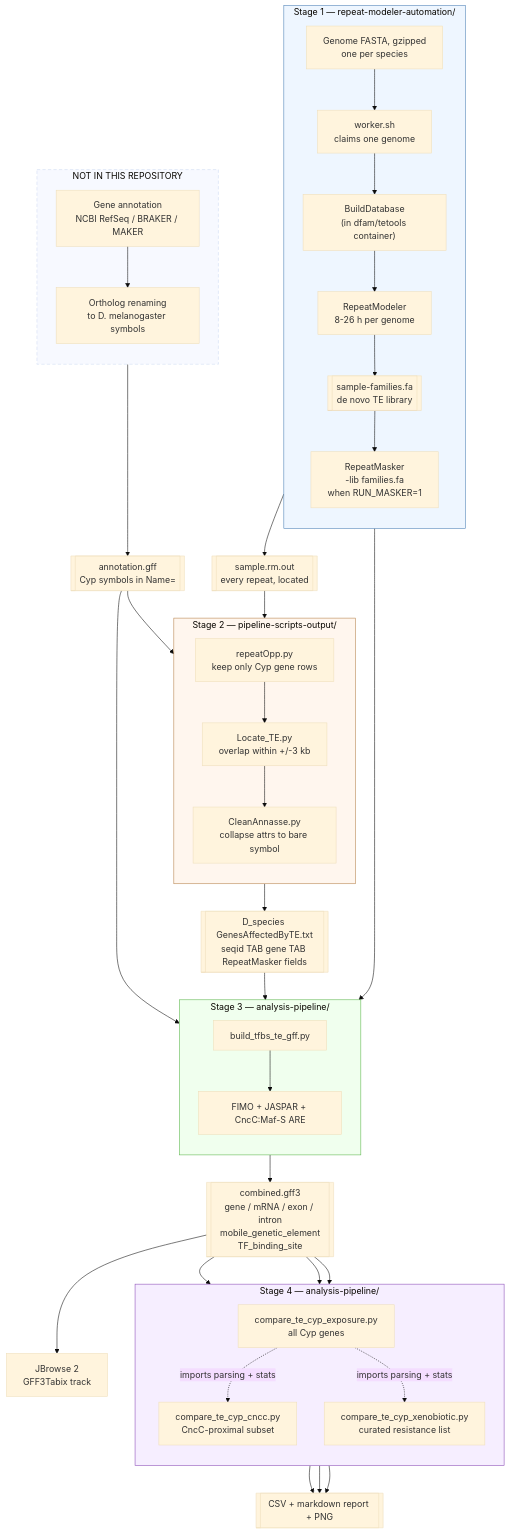
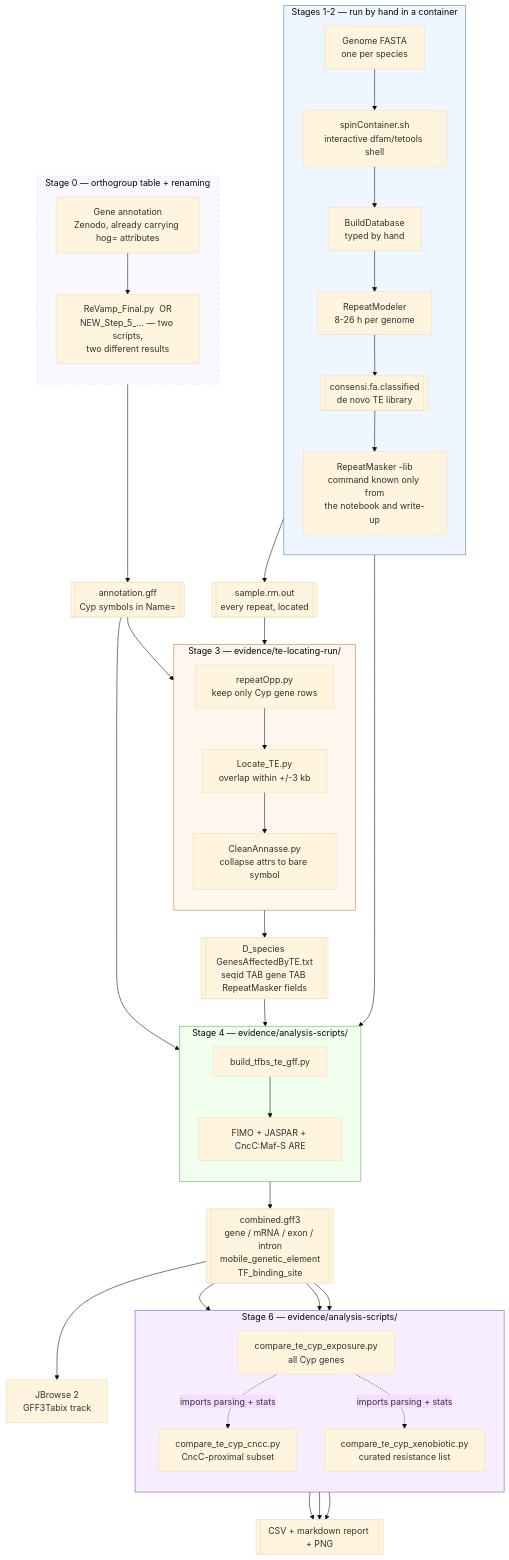
Before and after one commit to 0foo/cyp-project-forensics: the first of 2 diagrams in docs/diagrams/01-end-to-end.md, drawn with Mermaid (base theme). The commit also changed other lines of this file and 243 other files, not shown here.

````diff
--- a/docs/diagrams/01-end-to-end.md
+++ b/docs/diagrams/01-end-to-end.md
@@ -5,70 +8,70 @@
 ```mermaid
 flowchart TD
-    subgraph S1["Stage 1 — repeat-modeler-automation/"]
+    subgraph S1["Stages 1-2 — run by hand in a container"]
         direction TB
-        A["Genome FASTA, gzipped<br/>one per species"]
-        A --> B["worker.sh<br/>claims one genome"]
-        B --> C["BuildDatabase<br/>(in dfam/tetools container)"]
+        A["Genome FASTA<br/>one per species"]
+        A --> B["spinContainer.sh<br/>interactive dfam/tetools shell"]
+        B --> C["BuildDatabase<br/>typed by hand"]
         C --> D["RepeatModeler<br/>8-26 h per genome"]
-        D --> E[["sample-families.fa<br/>de novo TE library"]]
-        E --> F["RepeatMasker<br/>-lib families.fa<br/>when RUN_MASKER=1"]
+        D --> E[["consensi.fa.classified<br/>de novo TE library"]]
+        E --> F["RepeatMasker -lib<br/>command known only from<br/>the notebook and write-up"]
     end
 
-    subgraph GAP["NOT IN THIS REPOSITORY"]
+    subgraph GAP["Stage 0 — orthogroup table + renaming"]
         direction TB
-        G["Gene annotation<br/>NCBI RefSeq / BRAKER / MAKER"]
-        H["Ortholog renaming<br/>to D. melanogaster symbols"]
+        G["Gene annotation<br/>Zenodo, already carrying hog= attributes"]
+        H["ReVamp_Final.py  OR<br/>NEW_Step_5_... — two scripts,<br/>two different results"]
     end
 
     F --> I[["sample.rm.out<br/>every repeat, located"]]
     G --> H
     H --> J[["annotation.gff<br/>Cyp symbols in Name="]]
 
-    subgraph S2["Stage 2 — pipeline-scripts-output/"]
+    subgraph S2["Stage 3 — evidence/te-locating-run/"]
         direction TB
         K["repeatOpp.py<br/>keep only Cyp gene rows"]
         L["Locate_TE.py<br/>overlap within +/-3 kb"]
         M["CleanAnnasse.py<br/>collapse attrs to bare symbol"]
         K --> L --> M
     end
 
     J --> K
     I --> L
     M --> N[["D_species GenesAffectedByTE.txt<br/>seqid TAB gene TAB RepeatMasker fields"]]
 
-    subgraph S3["Stage 3 — analysis-pipeline/"]
+    subgraph S3["Stage 4 — evidence/analysis-scripts/"]
         direction TB
         O["build_tfbs_te_gff.py"]
         P["FIMO + JASPAR + CncC:Maf-S ARE"]
         O --> P
     end
 
     N --> O
     J --> O
     A --> O
     P --> Q[["combined.gff3<br/>gene / mRNA / exon / intron<br/>mobile_genetic_element<br/>TF_binding_site"]]
 
     Q --> R["JBrowse 2<br/>GFF3Tabix track"]
 
-    subgraph S4["Stage 4 — analysis-pipeline/"]
+    subgraph S4["Stage 6 — evidence/analysis-scripts/"]
         direction TB
         S["compare_te_cyp_exposure.py<br/>all Cyp genes"]
         T["compare_te_cyp_cncc.py<br/>CncC-proximal subset"]
         U["compare_te_cyp_xenobiotic.py<br/>curated resistance list"]
         S -.->|"imports parsing + stats"| T
         S -.->|"imports parsing + stats"| U
     end
 
     Q --> S
     Q --> T
     Q --> U
     S --> V[["CSV + markdown report + PNG"]]
     T --> V
     U --> V
 
     style GAP stroke-dasharray: 6 4
     style S1 fill:#eef6ff,stroke:#4a7fb5
     style S2 fill:#fff6ee,stroke:#b5814a
     style S3 fill:#f0ffee,stroke:#5ab54a
     style S4 fill:#f6eeff,stroke:#8a4ab5
 ```
````
